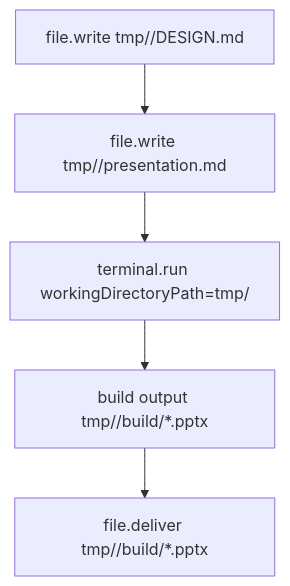
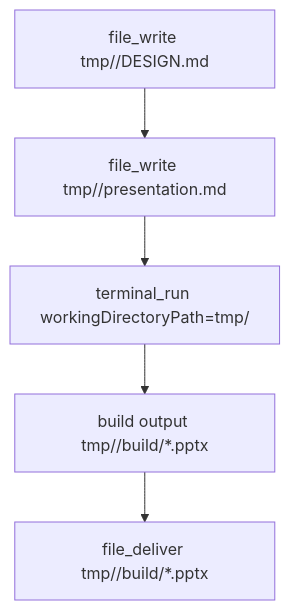
The second of 3 diagrams in docs/architecture.md (yeomyeonggeori/internkim), drawn with Mermaid before and after one commit. The commit also changed other lines of this file and 138 other files, not shown here.

````diff
--- a/docs/architecture.md
+++ b/docs/architecture.md
@@ -139,7 +139,7 @@
 ```mermaid
 flowchart TD
-  A["file.write tmp/<slug>/DESIGN.md"] --> B["file.write tmp/<slug>/presentation.md"]
-  B --> C["terminal.run workingDirectoryPath=tmp/<slug>"]
+  A["file_write tmp/<slug>/DESIGN.md"] --> B["file_write tmp/<slug>/presentation.md"]
+  B --> C["terminal_run workingDirectoryPath=tmp/<slug>"]
   C --> D["build output tmp/<slug>/build/*.pptx"]
-  D --> E["file.deliver tmp/<slug>/build/*.pptx"]
+  D --> E["file_deliver tmp/<slug>/build/*.pptx"]
 ```
````
